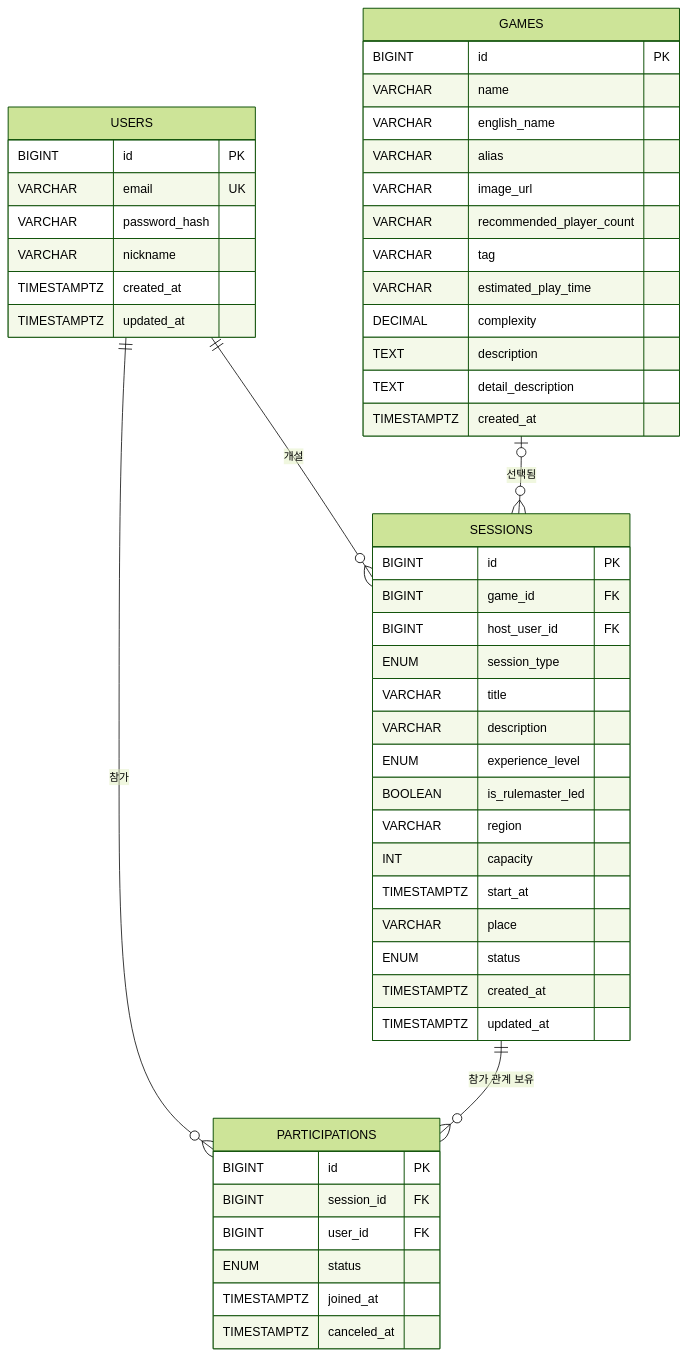
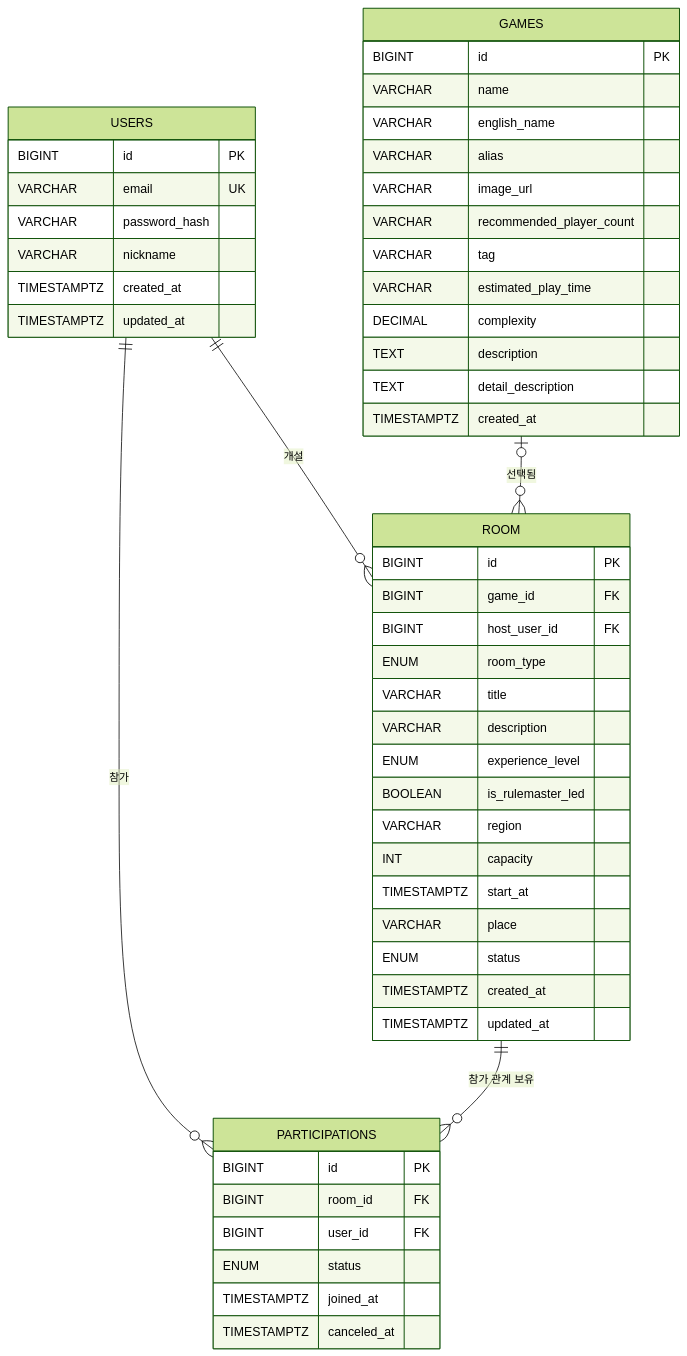
The diagram in docs/ERD.md (bamsongi-club/albam-mate), drawn with Mermaid (forest theme) before and after one commit. The commit also changed other lines of this file and 3 other files, not shown here.

```diff
--- a/docs/ERD.md
+++ b/docs/ERD.md
@@ -15,58 +15,58 @@
 ~~~mermaid
 erDiagram
-    USERS ||--o{ SESSIONS : "개설"
-    GAMES o|--o{ SESSIONS : "선택됨"
+    USERS ||--o{ ROOM : "개설"
+    GAMES o|--o{ ROOM : "선택됨"
     USERS ||--o{ PARTICIPATIONS : "참가"
-    SESSIONS ||--o{ PARTICIPATIONS : "참가 관계 보유"
+    ROOM ||--o{ PARTICIPATIONS : "참가 관계 보유"
 
     USERS {
         BIGINT id PK
         VARCHAR email UK
         VARCHAR password_hash
         VARCHAR nickname
         TIMESTAMPTZ created_at
         TIMESTAMPTZ updated_at
     }
 
     GAMES {
         BIGINT id PK
         VARCHAR name
         VARCHAR english_name
         VARCHAR alias
         VARCHAR image_url
         VARCHAR recommended_player_count
         VARCHAR tag
         VARCHAR estimated_play_time
         DECIMAL complexity
         TEXT description
         TEXT detail_description
         TIMESTAMPTZ created_at
     }
 
-    SESSIONS {
+    ROOM {
         BIGINT id PK
         BIGINT game_id FK
         BIGINT host_user_id FK
-        ENUM session_type
+        ENUM room_type
         VARCHAR title
         VARCHAR description
         ENUM experience_level
         BOOLEAN is_rulemaster_led
         VARCHAR region
         INT capacity
         TIMESTAMPTZ start_at
         VARCHAR place
         ENUM status
         TIMESTAMPTZ created_at
         TIMESTAMPTZ updated_at
     }
 
     PARTICIPATIONS {
         BIGINT id PK
-        BIGINT session_id FK
+        BIGINT room_id FK
         BIGINT user_id FK
         ENUM status
         TIMESTAMPTZ joined_at
         TIMESTAMPTZ canceled_at
     }
 ~~~
```
